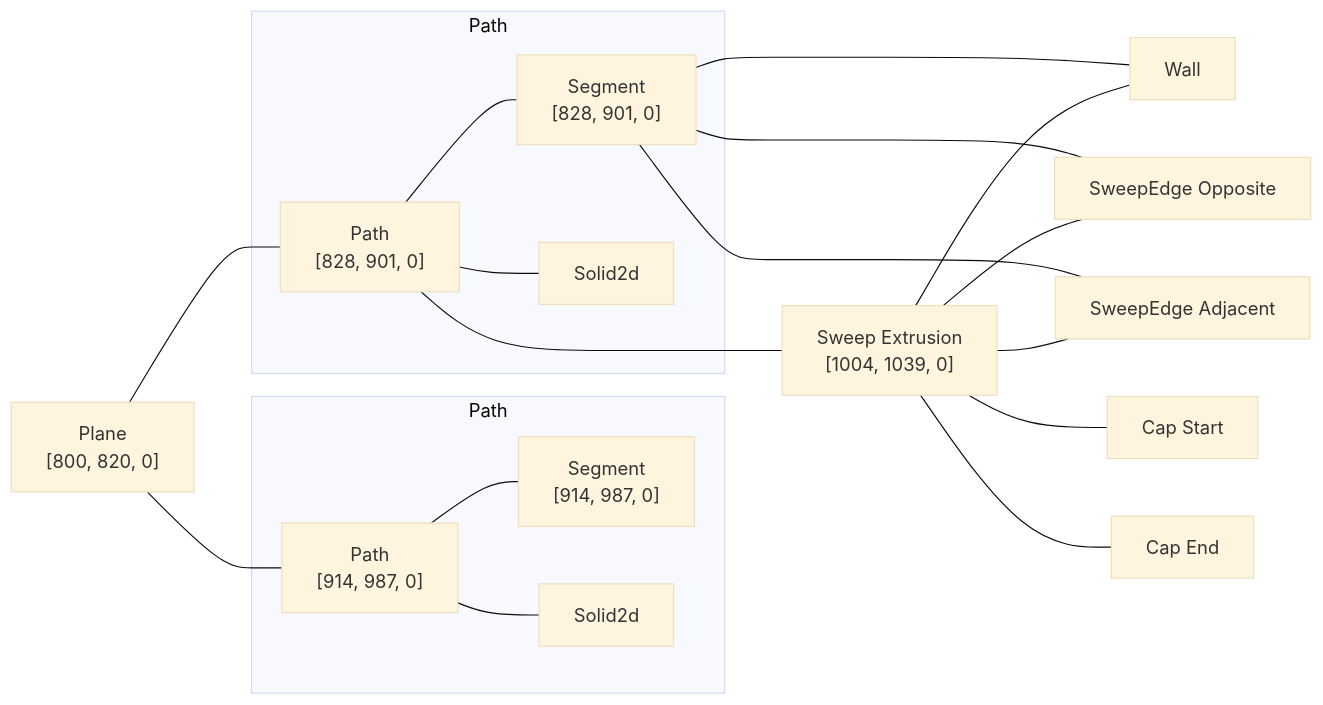
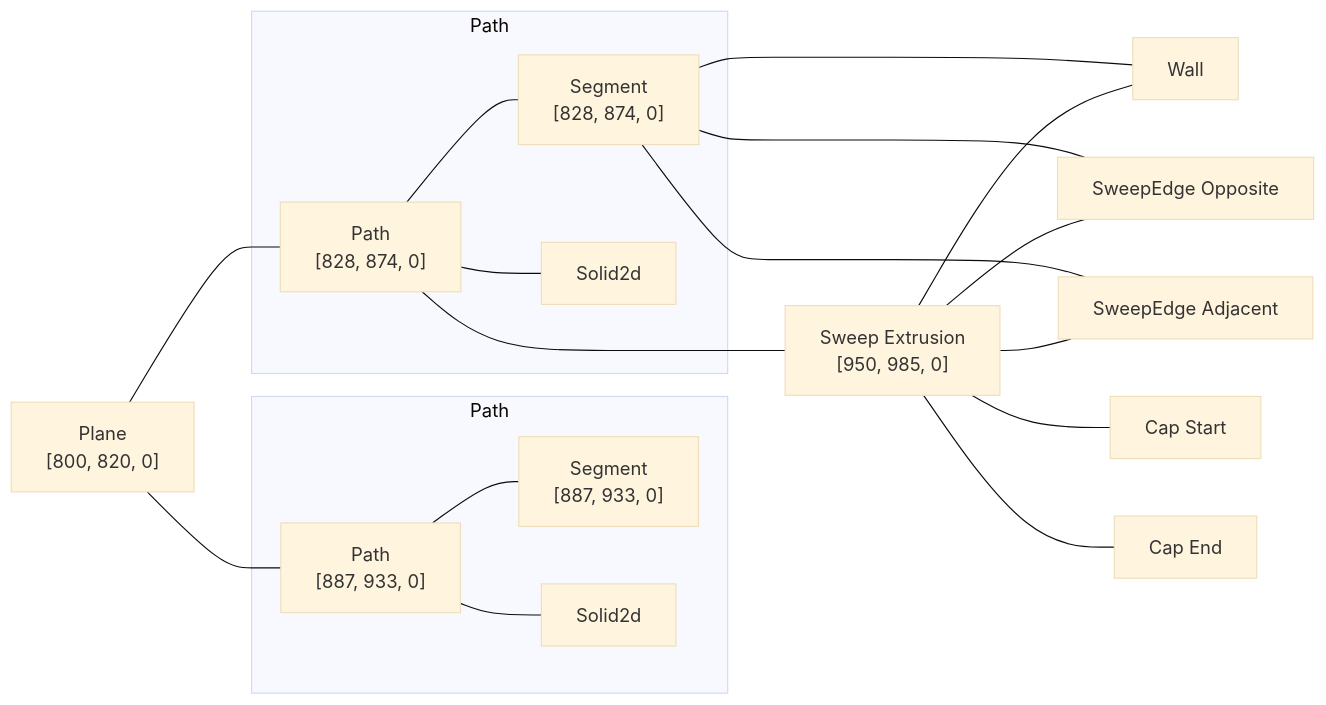
Before and after one commit to KittyCAD/modeling-app: the diagram in rust/kcl-lib/tests/kcl_samples/washer/artifact_graph_flowchart.snap.md, drawn with Mermaid (base theme). The commit also changed 134 other files, not shown here.

````diff
--- a/rust/kcl-lib/tests/kcl_samples/washer/artifact_graph_flowchart.snap.md
+++ b/rust/kcl-lib/tests/kcl_samples/washer/artifact_graph_flowchart.snap.md
@@ -1,35 +1,35 @@
 ```mermaid
 flowchart LR
   subgraph path2 [Path]
-    2["Path<br>[828, 901, 0]"]
-    3["Segment<br>[828, 901, 0]"]
+    2["Path<br>[828, 874, 0]"]
+    3["Segment<br>[828, 874, 0]"]
     4[Solid2d]
   end
   subgraph path5 [Path]
-    5["Path<br>[914, 987, 0]"]
-    6["Segment<br>[914, 987, 0]"]
+    5["Path<br>[887, 933, 0]"]
+    6["Segment<br>[887, 933, 0]"]
     7[Solid2d]
   end
   1["Plane<br>[800, 820, 0]"]
-  8["Sweep Extrusion<br>[1004, 1039, 0]"]
+  8["Sweep Extrusion<br>[950, 985, 0]"]
   9[Wall]
   10["Cap Start"]
   11["Cap End"]
   12["SweepEdge Opposite"]
   13["SweepEdge Adjacent"]
   1 --- 2
   1 --- 5
   2 --- 3
   2 ---- 8
   2 --- 4
   3 --- 9
   3 --- 12
   3 --- 13
   5 --- 6
   5 --- 7
   8 --- 9
   8 --- 10
   8 --- 11
   8 --- 12
   8 --- 13
 ```
````
